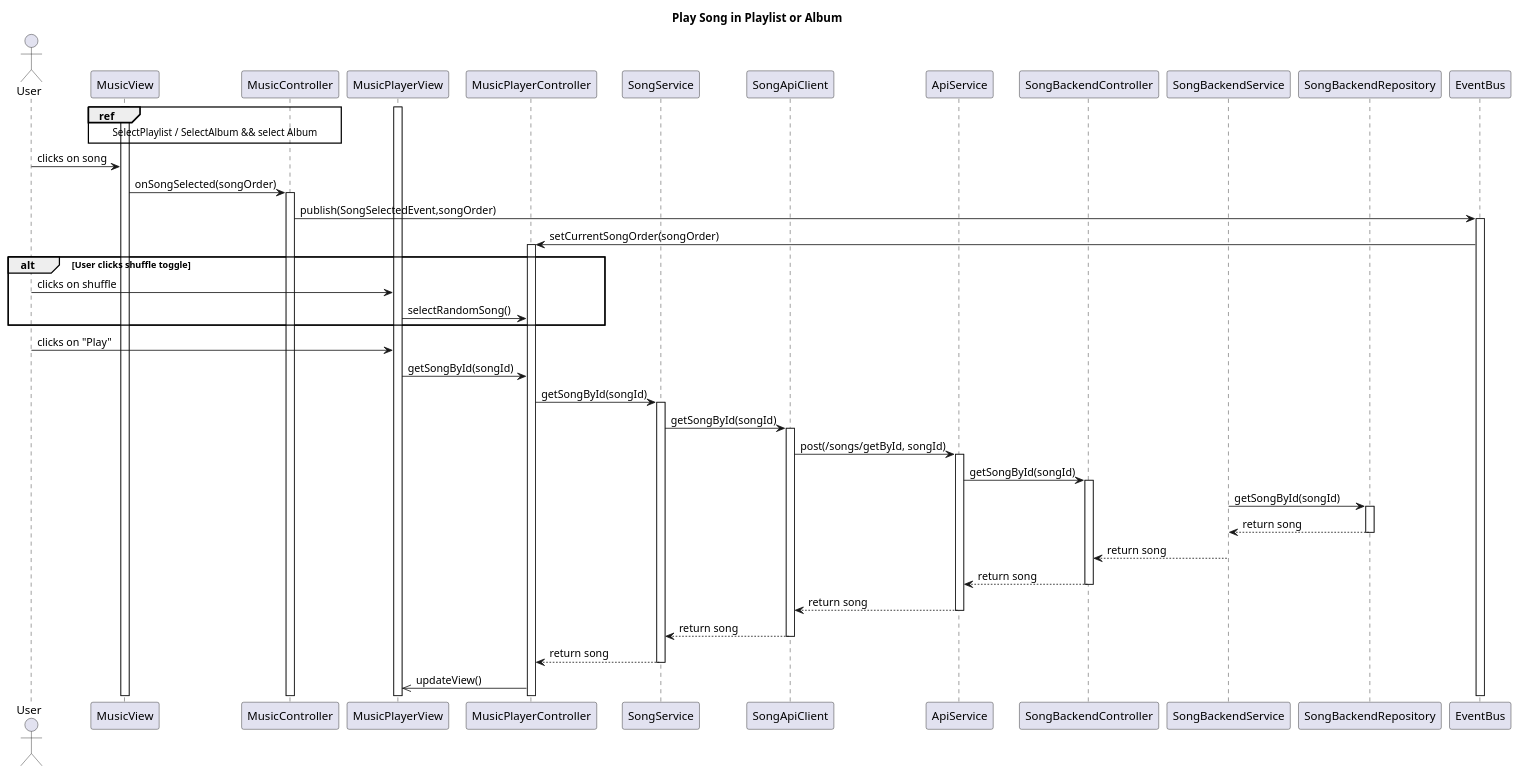
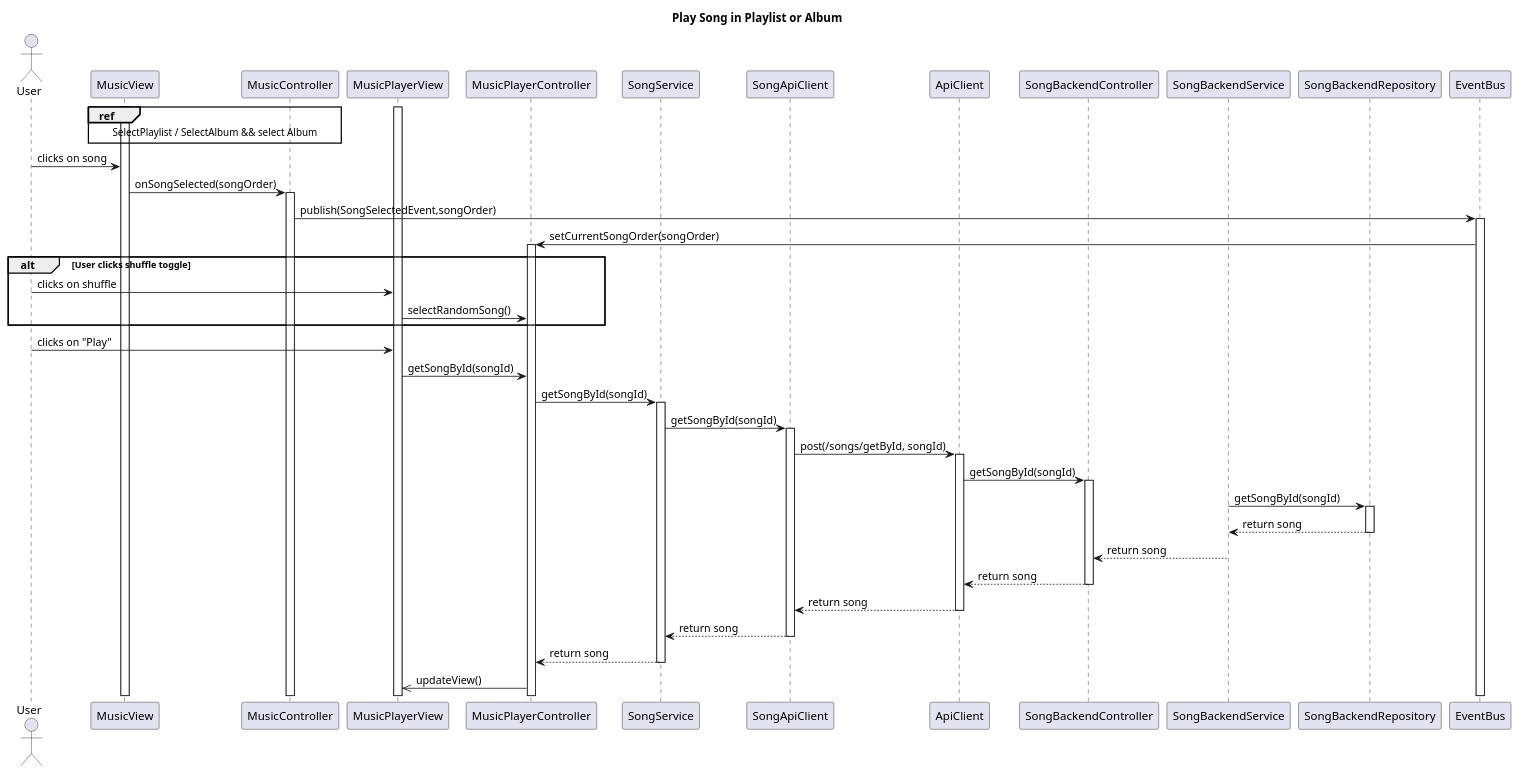
The diagram in Paradoteo_4/SequenceDiagrams-v0.3/PlaySongInPlaylistOrAlbum.puml (RubenKingCP/Tunix), drawn with PlantUML before and after one commit. The commit also changed 40 other files, not shown here.

```diff
--- a/Paradoteo_4/SequenceDiagrams-v0.3/PlaySongInPlaylistOrAlbum.puml
+++ b/Paradoteo_4/SequenceDiagrams-v0.3/PlaySongInPlaylistOrAlbum.puml
@@ -1,65 +1,65 @@
 @startuml PlaySongInPlaylistOrAlbum
 
 title Play Song in Playlist or Album
 
 actor User
 
 participant MusicView
 participant MusicController
 participant MusicPlayerView
 participant MusicPlayerController
 participant SongService
 participant SongApiClient
-participant ApiService
+participant ApiClient
 participant SongBackendController
 participant SongBackendService
 participant SongBackendRepository
 
 participant EventBus
 
 
 activate MusicPlayerView
 ref over MusicView, MusicController
 SelectPlaylist / SelectAlbum && select Album
 end ref
 activate MusicView
 User -> MusicView : clicks on song
 MusicView -> MusicController : onSongSelected(songOrder) 
 'SongOrder is the list of songs to be played
 activate MusicController
 MusicController -> EventBus : publish(SongSelectedEvent,songOrder)
 activate EventBus
 EventBus -> MusicPlayerController : setCurrentSongOrder(songOrder)
 activate MusicPlayerController
 alt User clicks shuffle toggle
     User -> MusicPlayerView : clicks on shuffle
     MusicPlayerView -> MusicPlayerController : selectRandomSong()
 end
 User -> MusicPlayerView : clicks on "Play"
 MusicPlayerView -> MusicPlayerController : getSongById(songId)
 MusicPlayerController -> SongService : getSongById(songId)
 activate SongService
 SongService -> SongApiClient : getSongById(songId)
 activate SongApiClient
-SongApiClient -> ApiService : post(/songs/getById, songId)
-activate ApiService
-ApiService -> SongBackendController : getSongById(songId)
+SongApiClient -> ApiClient : post(/songs/getById, songId)
+activate ApiClient
+ApiClient -> SongBackendController : getSongById(songId)
 activate SongBackendController
 SongBackendService -> SongBackendRepository : getSongById(songId)
 activate SongBackendRepository
 SongBackendRepository --> SongBackendService : return song
 deactivate SongBackendRepository
 SongBackendService --> SongBackendController : return song
 deactivate SongBackendService
-SongBackendController --> ApiService : return song
+SongBackendController --> ApiClient : return song
 deactivate SongBackendController
-ApiService --> SongApiClient : return song
-deactivate ApiService
+ApiClient --> SongApiClient : return song
+deactivate ApiClient
 SongApiClient --> SongService : return song
 deactivate SongApiClient
 SongService --> MusicPlayerController : return song
 deactivate SongService
 MusicPlayerController ->> MusicPlayerView : updateView()
 
 
 @enduml
```
